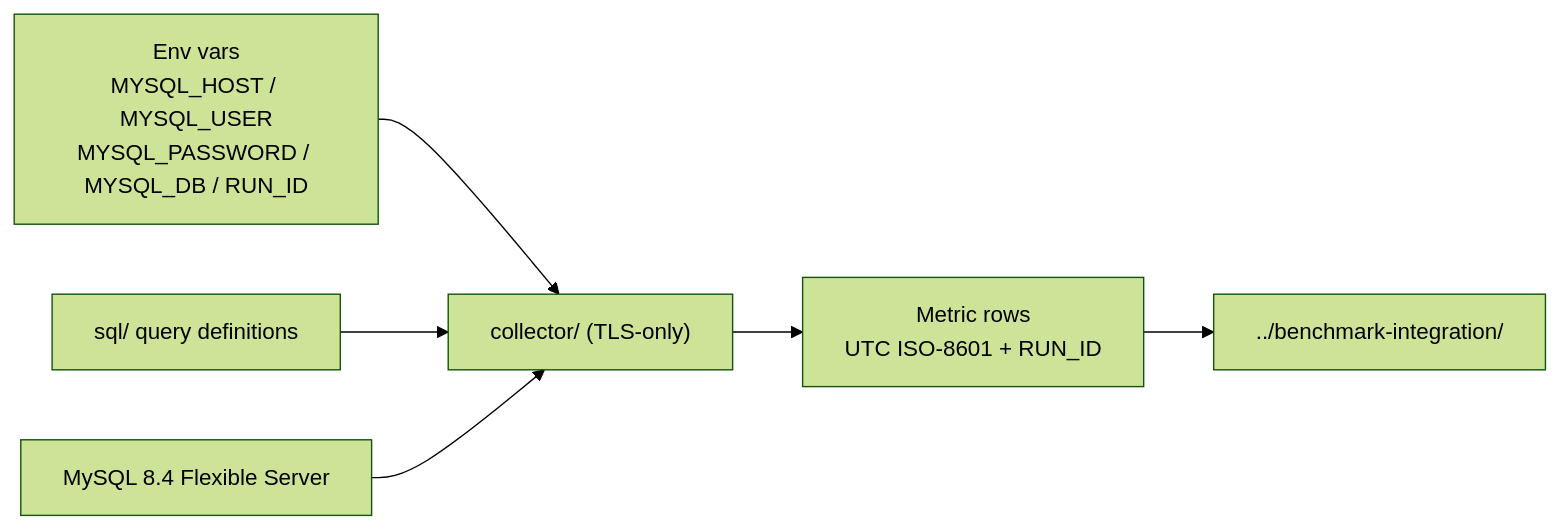
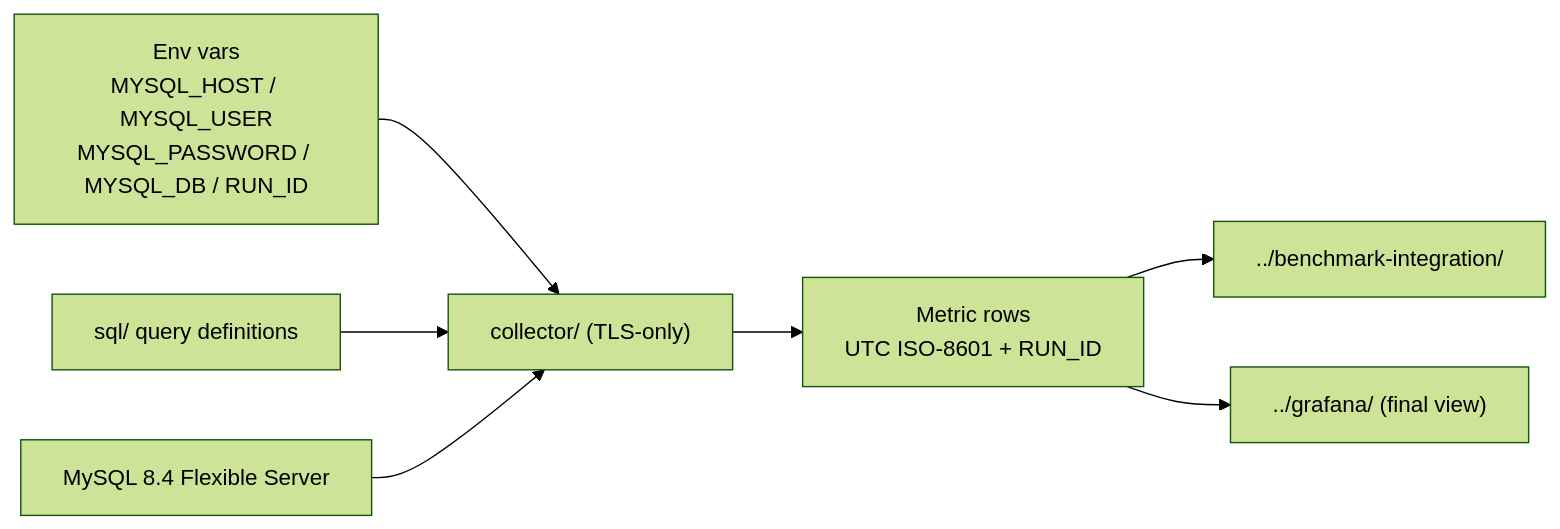
One commit to DalBamS/azure-mysql-monitoring changed the diagram in mysql-internal/README.md. Above: the diagram before and after it, drawn with Mermaid (forest theme). The commit also changed 10 other files, not shown here.

First line of the commit message:
Add Grafana as the final monitoring view layer

````diff
--- a/mysql-internal/README.md
+++ b/mysql-internal/README.md
@@ -22,8 +22,9 @@
 ```mermaid
 flowchart LR
     ENV["Env vars<br/>MYSQL_HOST / MYSQL_USER<br/>MYSQL_PASSWORD / MYSQL_DB / RUN_ID"] --> COL
     SQL["sql/ query definitions"] --> COL["collector/ (TLS-only)"]
     SRV["MySQL 8.4 Flexible Server"] --> COL
     COL --> OUT["Metric rows<br/>UTC ISO-8601 + RUN_ID"]
     OUT --> BI["../benchmark-integration/"]
+    OUT --> GF["../grafana/ (final view)"]
 ```
````
